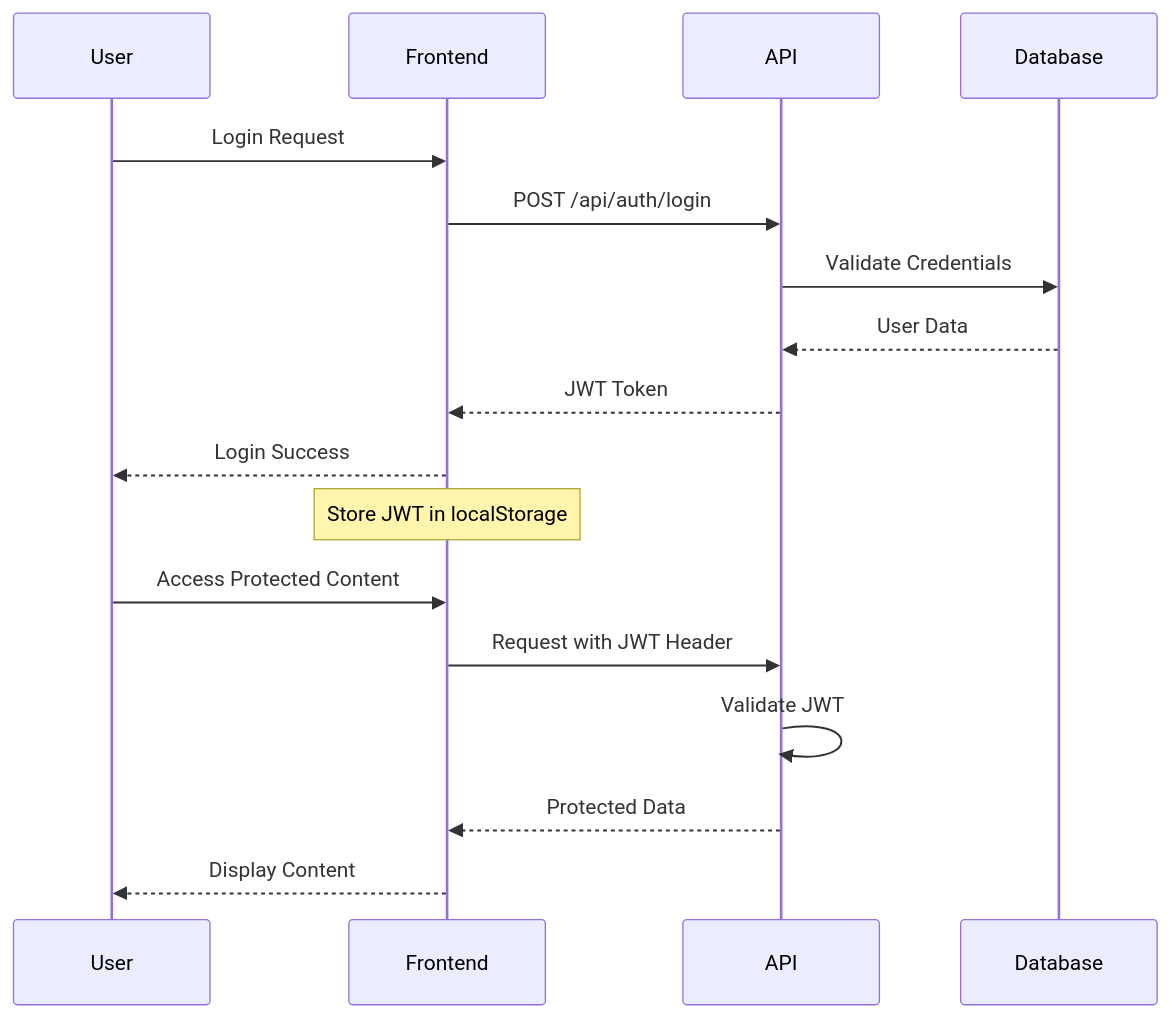
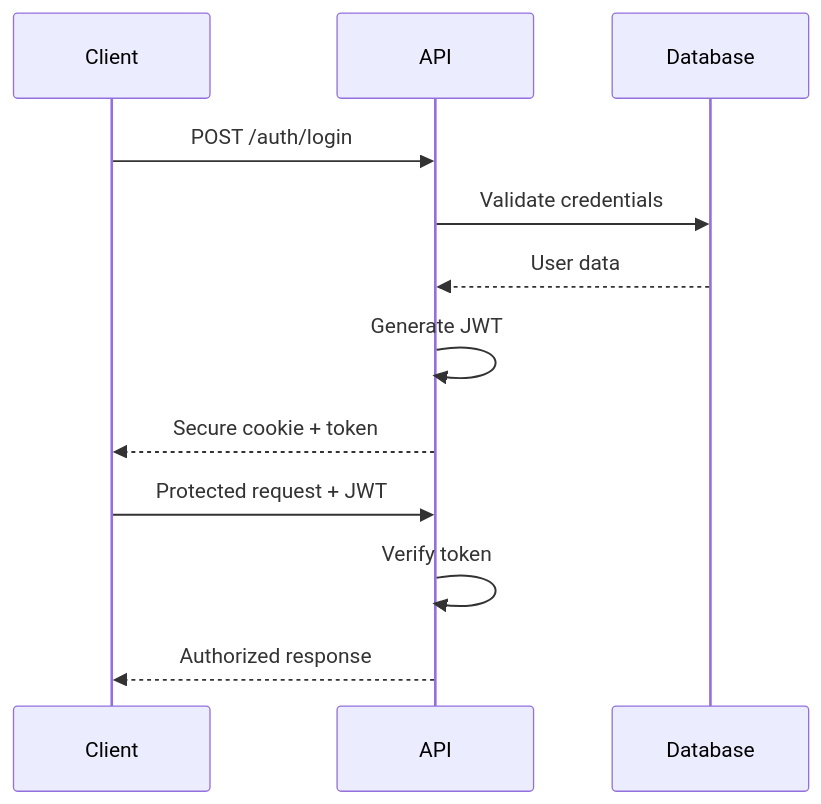
One commit to JustaCakedUpGnome/ArcForge_kyon changed the third of 3 diagrams in docs/architecture/README.md. Above: the diagram before and after it, drawn with Mermaid. The commit also changed other lines of this file and 185 other files, not shown here.

````diff
--- a/docs/architecture/README.md
+++ b/docs/architecture/README.md
@@ -85,22 +96,15 @@
 ```mermaid
 sequenceDiagram
-    participant U as User
-    participant F as Frontend
+    participant C as Client
     participant A as API
     participant D as Database
     
-    U->>F: Login Request
-    F->>A: POST /api/auth/login
-    A->>D: Validate Credentials
-    D-->>A: User Data
-    A-->>F: JWT Token
-    F-->>U: Login Success
-    
-    Note over F: Store JWT in localStorage
-    
-    U->>F: Access Protected Content
-    F->>A: Request with JWT Header
-    A->>A: Validate JWT
-    A-->>F: Protected Data
-    F-->>U: Display Content
+    C->>A: POST /auth/login
+    A->>D: Validate credentials
+    D-->>A: User data
+    A->>A: Generate JWT
+    A-->>C: Secure cookie + token
+    C->>A: Protected request + JWT
+    A->>A: Verify token
+    A-->>C: Authorized response
 ```
````
